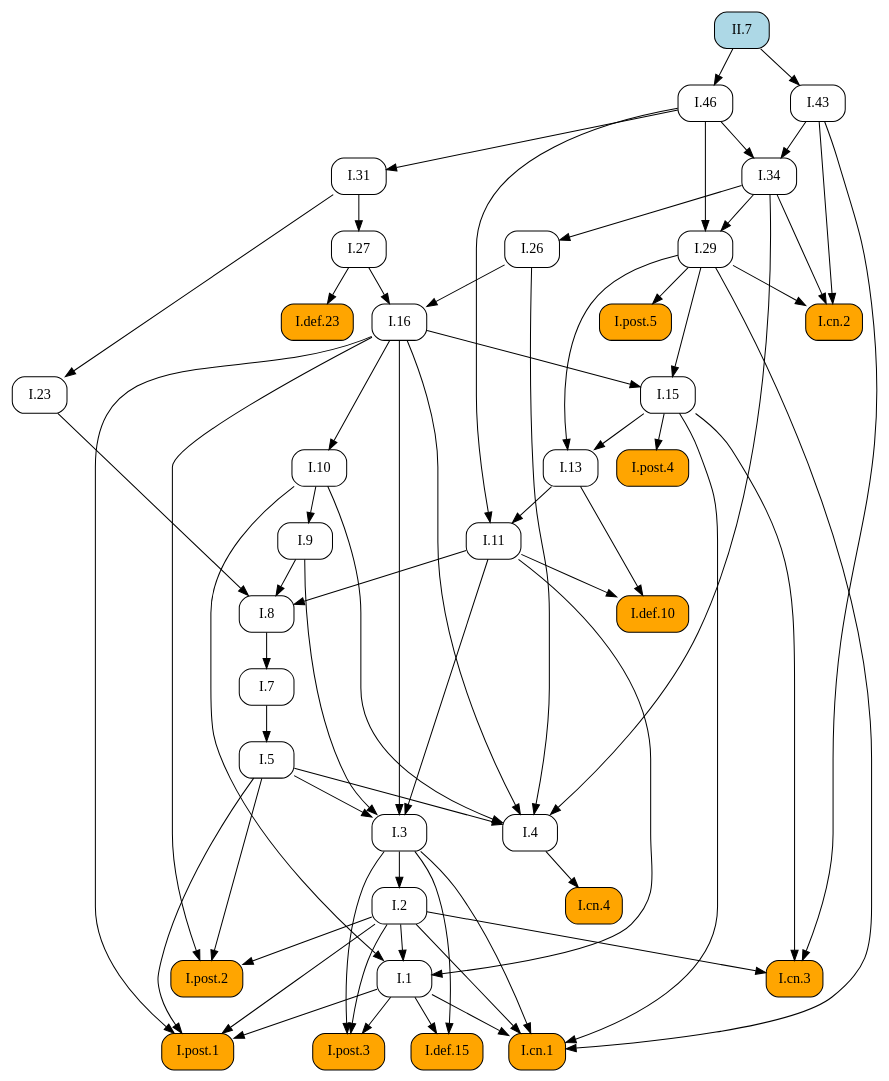
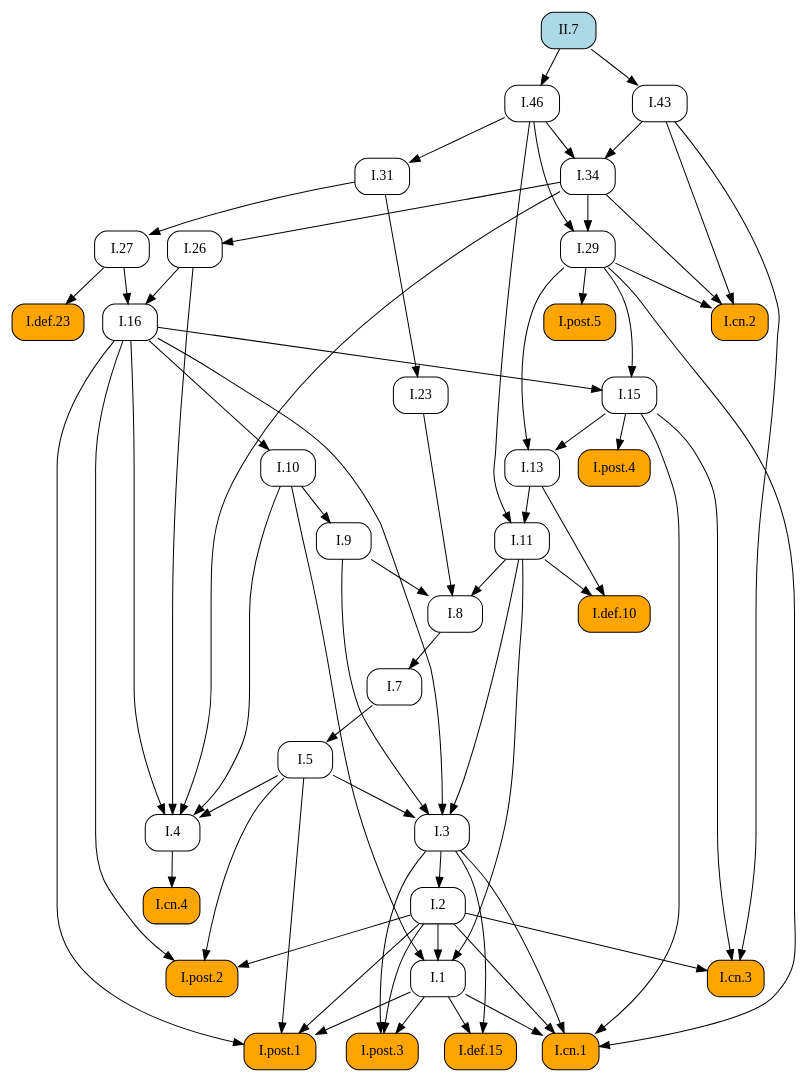
One commit to geometor/elements changed the diagram in docsrc/elements2/II/7/index.rst. Above: the diagram before and after it, drawn with Graphviz. The commit also changed other lines of this file and 171 other files, not shown here.

```diff
--- a/docsrc/elements2/II/7/index.rst
+++ b/docsrc/elements2/II/7/index.rst
@@ -60,105 +60,105 @@
    digraph {
      rankdir="TB";
      node [shape=box, style=rounded];
+     "I.8" [URL="/elements2/I/8/", target="_top"];
+     "I.46" [URL="/elements2/I/46/", target="_top"];
+     "I.post.1" [style="rounded,filled", fillcolor=orange, URL="/elements2/I/post.1/", target="_top"];
+     "I.5" [URL="/elements2/I/5/", target="_top"];
+     "I.post.5" [style="rounded,filled", fillcolor=orange, URL="/elements2/I/post.5/", target="_top"];
      "I.def.10" [style="rounded,filled", fillcolor=orange, URL="/elements2/I/def.10/", target="_top"];
-     "I.46" [URL="/elements2/I/46/", target="_top"];
+     "I.cn.2" [style="rounded,filled", fillcolor=orange, URL="/elements2/I/cn.2/", target="_top"];
+     "I.def.15" [style="rounded,filled", fillcolor=orange, URL="/elements2/I/def.15/", target="_top"];
+     "I.31" [URL="/elements2/I/31/", target="_top"];
+     "I.11" [URL="/elements2/I/11/", target="_top"];
+     "I.43" [URL="/elements2/I/43/", target="_top"];
+     "I.3" [URL="/elements2/I/3/", target="_top"];
+     "I.def.23" [style="rounded,filled", fillcolor=orange, URL="/elements2/I/def.23/", target="_top"];
+     "I.post.2" [style="rounded,filled", fillcolor=orange, URL="/elements2/I/post.2/", target="_top"];
+     "I.26" [URL="/elements2/I/26/", target="_top"];
+     "I.cn.3" [style="rounded,filled", fillcolor=orange, URL="/elements2/I/cn.3/", target="_top"];
+     "I.1" [URL="/elements2/I/1/", target="_top"];
+     "I.cn.4" [style="rounded,filled", fillcolor=orange, URL="/elements2/I/cn.4/", target="_top"];
+     "II.7" [style="rounded,filled", fillcolor=lightblue, URL="/elements2/II/7/", target="_top"];
+     "I.7" [URL="/elements2/I/7/", target="_top"];
+     "I.9" [URL="/elements2/I/9/", target="_top"];
+     "I.cn.1" [style="rounded,filled", fillcolor=orange, URL="/elements2/I/cn.1/", target="_top"];
+     "I.29" [URL="/elements2/I/29/", target="_top"];
+     "I.16" [URL="/elements2/I/16/", target="_top"];
+     "I.post.4" [style="rounded,filled", fillcolor=orange, URL="/elements2/I/post.4/", target="_top"];
+     "I.13" [URL="/elements2/I/13/", target="_top"];
+     "I.2" [URL="/elements2/I/2/", target="_top"];
+     "I.27" [URL="/elements2/I/27/", target="_top"];
+     "I.4" [URL="/elements2/I/4/", target="_top"];
+     "I.10" [URL="/elements2/I/10/", target="_top"];
+     "I.15" [URL="/elements2/I/15/", target="_top"];
      "I.34" [URL="/elements2/I/34/", target="_top"];
-     "I.cn.4" [style="rounded,filled", fillcolor=orange, URL="/elements2/I/cn.4/", target="_top"];
-     "I.def.15" [style="rounded,filled", fillcolor=orange, URL="/elements2/I/def.15/", target="_top"];
+     "I.23" [URL="/elements2/I/23/", target="_top"];
      "I.post.3" [style="rounded,filled", fillcolor=orange, URL="/elements2/I/post.3/", target="_top"];
-     "I.27" [URL="/elements2/I/27/", target="_top"];
-     "I.post.2" [style="rounded,filled", fillcolor=orange, URL="/elements2/I/post.2/", target="_top"];
-     "I.13" [URL="/elements2/I/13/", target="_top"];
-     "I.10" [URL="/elements2/I/10/", target="_top"];
-     "I.post.1" [style="rounded,filled", fillcolor=orange, URL="/elements2/I/post.1/", target="_top"];
-     "I.7" [URL="/elements2/I/7/", target="_top"];
-     "II.7" [style="rounded,filled", fillcolor=lightblue, URL="/elements2/II/7/", target="_top"];
-     "I.11" [URL="/elements2/I/11/", target="_top"];
-     "I.4" [URL="/elements2/I/4/", target="_top"];
-     "I.16" [URL="/elements2/I/16/", target="_top"];
-     "I.def.23" [style="rounded,filled", fillcolor=orange, URL="/elements2/I/def.23/", target="_top"];
-     "I.9" [URL="/elements2/I/9/", target="_top"];
-     "I.8" [URL="/elements2/I/8/", target="_top"];
-     "I.cn.2" [style="rounded,filled", fillcolor=orange, URL="/elements2/I/cn.2/", target="_top"];
-     "I.23" [URL="/elements2/I/23/", target="_top"];
-     "I.15" [URL="/elements2/I/15/", target="_top"];
-     "I.26" [URL="/elements2/I/26/", target="_top"];
-     "I.post.5" [style="rounded,filled", fillcolor=orange, URL="/elements2/I/post.5/", target="_top"];
-     "I.2" [URL="/elements2/I/2/", target="_top"];
-     "I.1" [URL="/elements2/I/1/", target="_top"];
-     "I.43" [URL="/elements2/I/43/", target="_top"];
-     "I.31" [URL="/elements2/I/31/", target="_top"];
-     "I.post.4" [style="rounded,filled", fillcolor=orange, URL="/elements2/I/post.4/", target="_top"];
-     "I.cn.1" [style="rounded,filled", fillcolor=orange, URL="/elements2/I/cn.1/", target="_top"];
-     "I.3" [URL="/elements2/I/3/", target="_top"];
-     "I.cn.3" [style="rounded,filled", fillcolor=orange, URL="/elements2/I/cn.3/", target="_top"];
-     "I.29" [URL="/elements2/I/29/", target="_top"];
-     "I.5" [URL="/elements2/I/5/", target="_top"];
-     "I.11" -> "I.def.10";
-     "I.13" -> "I.def.10";
+     "I.9" -> "I.8";
+     "I.11" -> "I.8";
+     "I.23" -> "I.8";
      "II.7" -> "I.46";
-     "I.43" -> "I.34";
-     "I.46" -> "I.34";
-     "I.4" -> "I.cn.4";
-     "I.1" -> "I.def.15";
-     "I.3" -> "I.def.15";
-     "I.1" -> "I.post.3";
-     "I.2" -> "I.post.3";
-     "I.3" -> "I.post.3";
-     "I.31" -> "I.27";
-     "I.2" -> "I.post.2";
-     "I.5" -> "I.post.2";
-     "I.16" -> "I.post.2";
-     "I.15" -> "I.13";
-     "I.29" -> "I.13";
-     "I.16" -> "I.10";
      "I.1" -> "I.post.1";
      "I.2" -> "I.post.1";
      "I.5" -> "I.post.1";
      "I.16" -> "I.post.1";
-     "I.8" -> "I.7";
+     "I.7" -> "I.5";
+     "I.29" -> "I.post.5";
+     "I.11" -> "I.def.10";
+     "I.13" -> "I.def.10";
+     "I.29" -> "I.cn.2";
+     "I.34" -> "I.cn.2";
+     "I.43" -> "I.cn.2";
+     "I.1" -> "I.def.15";
+     "I.3" -> "I.def.15";
+     "I.46" -> "I.31";
      "I.13" -> "I.11";
      "I.46" -> "I.11";
+     "II.7" -> "I.43";
+     "I.5" -> "I.3";
+     "I.9" -> "I.3";
+     "I.11" -> "I.3";
+     "I.16" -> "I.3";
+     "I.27" -> "I.def.23";
+     "I.2" -> "I.post.2";
+     "I.5" -> "I.post.2";
+     "I.16" -> "I.post.2";
+     "I.34" -> "I.26";
+     "I.2" -> "I.cn.3";
+     "I.15" -> "I.cn.3";
+     "I.43" -> "I.cn.3";
+     "I.2" -> "I.1";
+     "I.10" -> "I.1";
+     "I.11" -> "I.1";
+     "I.4" -> "I.cn.4";
+     "I.8" -> "I.7";
+     "I.10" -> "I.9";
+     "I.1" -> "I.cn.1";
+     "I.2" -> "I.cn.1";
+     "I.3" -> "I.cn.1";
+     "I.15" -> "I.cn.1";
+     "I.29" -> "I.cn.1";
+     "I.34" -> "I.29";
+     "I.46" -> "I.29";
+     "I.26" -> "I.16";
+     "I.27" -> "I.16";
+     "I.15" -> "I.post.4";
+     "I.15" -> "I.13";
+     "I.29" -> "I.13";
+     "I.3" -> "I.2";
+     "I.31" -> "I.27";
      "I.5" -> "I.4";
      "I.10" -> "I.4";
      "I.16" -> "I.4";
      "I.26" -> "I.4";
      "I.34" -> "I.4";
-     "I.26" -> "I.16";
-     "I.27" -> "I.16";
-     "I.27" -> "I.def.23";
-     "I.10" -> "I.9";
-     "I.9" -> "I.8";
-     "I.11" -> "I.8";
-     "I.23" -> "I.8";
-     "I.29" -> "I.cn.2";
-     "I.34" -> "I.cn.2";
-     "I.43" -> "I.cn.2";
-     "I.31" -> "I.23";
+     "I.16" -> "I.10";
      "I.16" -> "I.15";
      "I.29" -> "I.15";
-     "I.34" -> "I.26";
-     "I.29" -> "I.post.5";
-     "I.3" -> "I.2";
-     "I.2" -> "I.1";
-     "I.10" -> "I.1";
-     "I.11" -> "I.1";
-     "II.7" -> "I.43";
-     "I.46" -> "I.31";
-     "I.15" -> "I.post.4";
-     "I.1" -> "I.cn.1";
-     "I.2" -> "I.cn.1";
-     "I.3" -> "I.cn.1";
-     "I.15" -> "I.cn.1";
-     "I.29" -> "I.cn.1";
-     "I.5" -> "I.3";
-     "I.9" -> "I.3";
-     "I.11" -> "I.3";
-     "I.16" -> "I.3";
-     "I.2" -> "I.cn.3";
-     "I.15" -> "I.cn.3";
-     "I.43" -> "I.cn.3";
-     "I.34" -> "I.29";
-     "I.46" -> "I.29";
-     "I.7" -> "I.5";
+     "I.43" -> "I.34";
+     "I.46" -> "I.34";
+     "I.31" -> "I.23";
+     "I.1" -> "I.post.3";
+     "I.2" -> "I.post.3";
+     "I.3" -> "I.post.3";
    }
```
